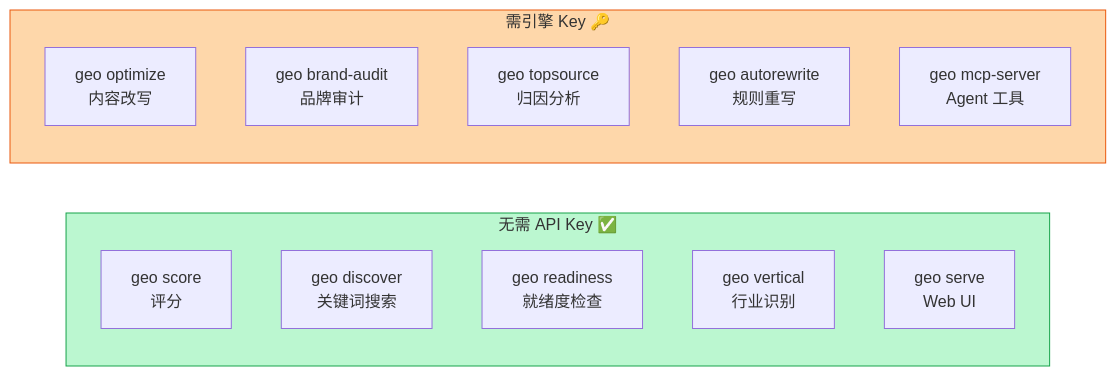
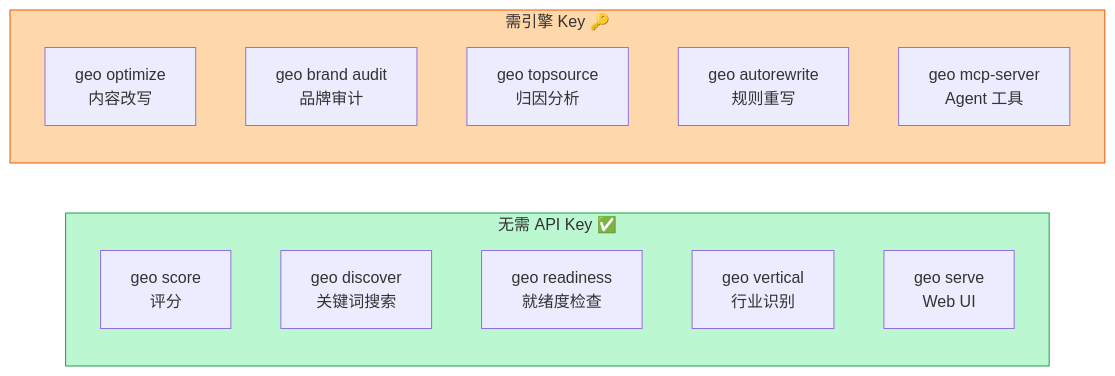
One commit to deep2code/geo changed the third of 31 diagrams in docs/architecture.md. Above: the diagram before and after it, drawn with Mermaid. The commit also changed 26 other files, not shown here.

````diff
--- a/docs/architecture.md
+++ b/docs/architecture.md
@@ -112,21 +112,21 @@
 ```mermaid
 graph LR
     subgraph 零配置可用["无需 API Key ✅"]
         geo_score["geo score<br/>评分"]
         geo_discover["geo discover<br/>关键词搜索"]
         geo_readiness["geo readiness<br/>就绪度检查"]
         geo_vertical["geo vertical<br/>行业识别"]
         geo_serve["geo serve<br/>Web UI"]
     end
 
     subgraph 需要APIKey["需引擎 Key 🔑"]
         geo_optimize["geo optimize<br/>内容改写"]
-        geo_audit["geo brand-audit<br/>品牌审计"]
+        geo_audit["geo brand audit<br/>品牌审计"]
         geo_topsource["geo topsource<br/>归因分析"]
         geo_autorewrite["geo autorewrite<br/>规则重写"]
         geo_mcp["geo mcp-server<br/>Agent 工具"]
     end
 
     style 零配置可用 fill:#bbf7d0,stroke:#16a34a
     style 需要APIKey fill:#fed7aa,stroke:#ea580c
 ```
````
